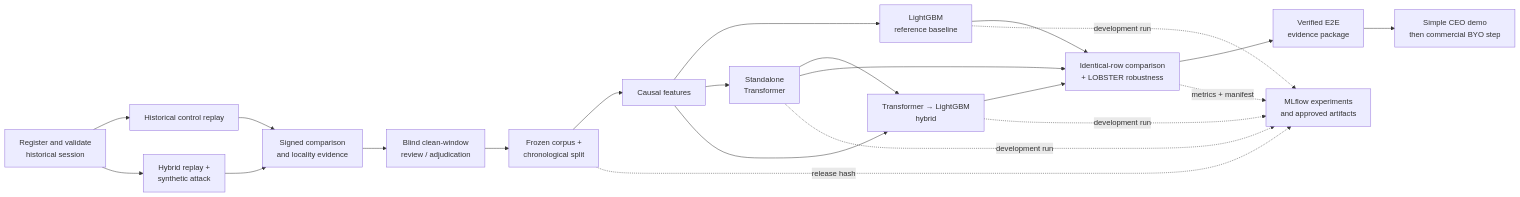
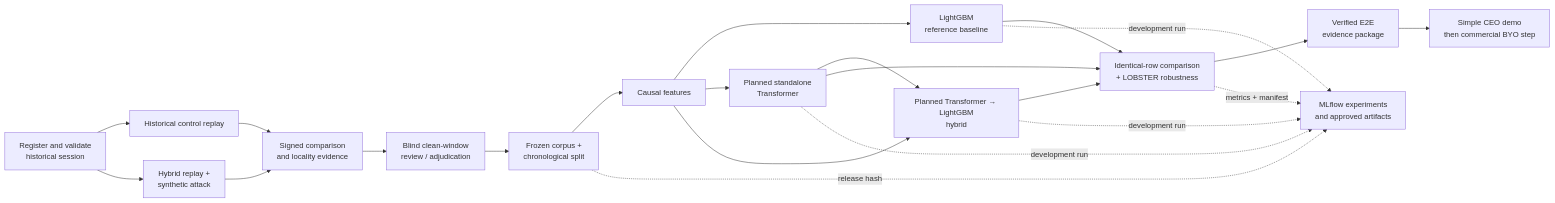
Before and after one commit to khab40/lob-arena: the second of 15 diagrams in docs/USE_CASES.md, drawn with Mermaid. The commit also changed other lines of this file and 4 other files, not shown here.

Commit message:
docs: refresh root architecture and workflow navigation

````diff
--- a/docs/USE_CASES.md
+++ b/docs/USE_CASES.md
@@ -90,39 +96,39 @@
 ```mermaid
 flowchart LR
     Register["Register and validate<br/>historical session"]
     Replay["Historical control replay"]
     Inject["Hybrid replay +<br/>synthetic attack"]
     Evidence["Signed comparison<br/>and locality evidence"]
     Review["Blind clean-window<br/>review / adjudication"]
     Freeze["Frozen corpus +<br/>chronological split"]
     Features["Causal features"]
     LightGBM["LightGBM<br/>reference baseline"]
-    Transformer["Standalone<br/>Transformer"]
-    Hybrid["Transformer → LightGBM<br/>hybrid"]
+    Transformer["Planned standalone<br/>Transformer"]
+    Hybrid["Planned Transformer → LightGBM<br/>hybrid"]
     Compare["Identical-row comparison<br/>+ LOBSTER robustness"]
     Track["MLflow experiments<br/>and approved artifacts"]
     Package["Verified E2E<br/>evidence package"]
     Client["Simple CEO demo<br/>then commercial BYO step"]
 
     Register --> Replay
     Register --> Inject
     Replay --> Evidence
     Inject --> Evidence
     Evidence --> Review
     Review --> Freeze
     Freeze --> Features
     Features --> LightGBM
     Features --> Transformer
     Transformer --> Hybrid
     Features --> Hybrid
     LightGBM --> Compare
     Transformer --> Compare
     Hybrid --> Compare
     Compare --> Package
     Package --> Client
     Freeze -. "release hash" .-> Track
     LightGBM -. "development run" .-> Track
     Transformer -. "development run" .-> Track
     Hybrid -. "development run" .-> Track
     Compare -. "metrics + manifest" .-> Track
 ```
````
